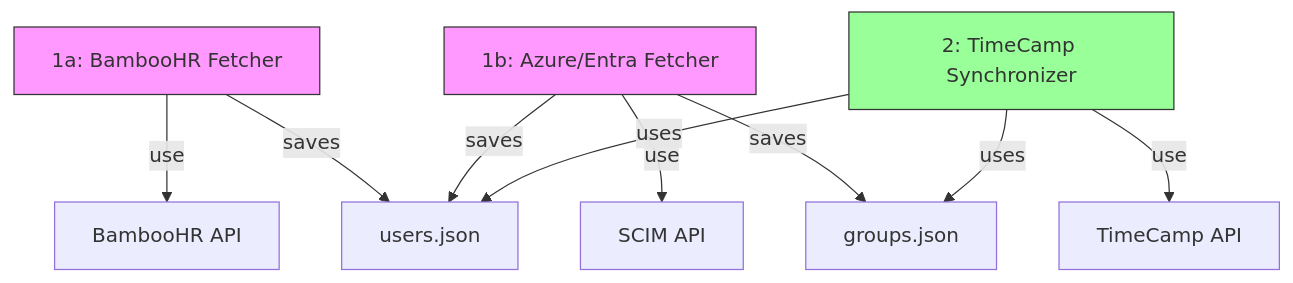
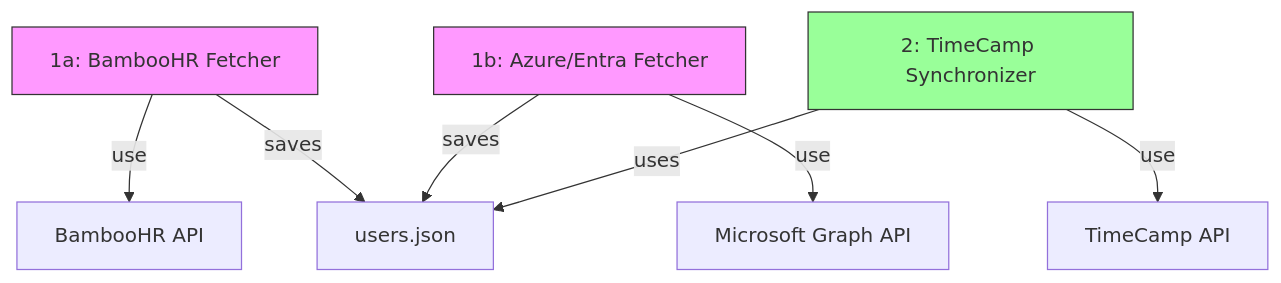
The diagram in README.md (timecamp-org/good-enough-timecamp-scim-integrations), drawn with Mermaid before and after one commit. The commit also changed other lines of this file and 3 other files, not shown here.

````diff
--- a/README.md
+++ b/README.md
@@ -21,15 +21,13 @@
 ```mermaid
 graph TD
     BH[1a: BambooHR Fetcher] -->|use| BAPI[BambooHR API]
     BH -->|saves| JSON[users.json]
-    AD[1b: Azure/Entra Fetcher] -->|use| SCIM[SCIM API]
+    AD[1b: Azure/Entra Fetcher] -->|use| GRAPH[Microsoft Graph API]
     AD -->|saves| JSON
-    AD -->|saves| GJSON[groups.json]
     TC[2: TimeCamp Synchronizer] -->|uses| JSON
-    TC -->|uses| GJSON
     TC -->|use| TAPI[TimeCamp API]
     
     style BH fill:#f9f,stroke:#333
     style AD fill:#f9f,stroke:#333
     style TC fill:#9f9,stroke:#333
 ```
````
